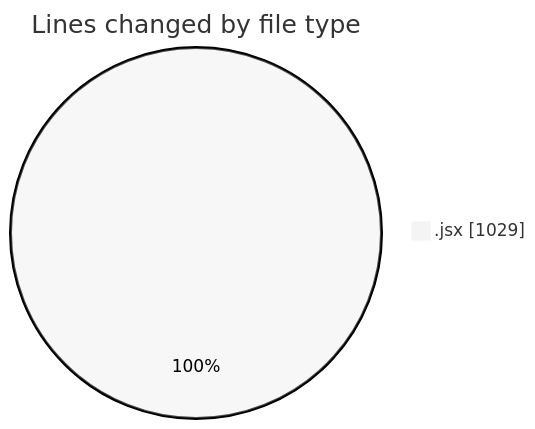
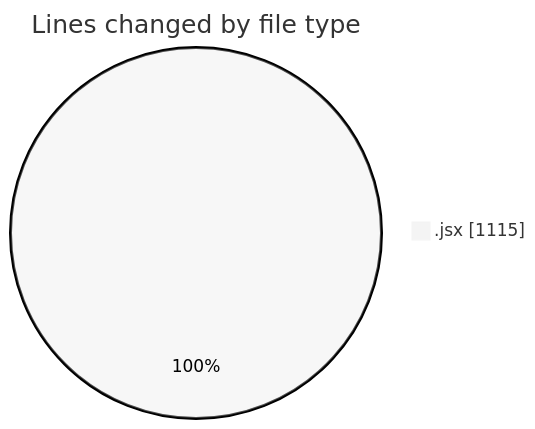
One commit to nxtqubesakshisongat/code-tracking changed the first of 2 diagrams in 2025-05-05/nxtqube_webapp/README.md. Above: the diagram before and after it, drawn with Mermaid (neutral theme). The commit also changed other lines of this file and 1 other file, not shown here.

````diff
--- a/2025-05-05/nxtqube_webapp/README.md
+++ b/2025-05-05/nxtqube_webapp/README.md
@@ -20,5 +20,5 @@
 ```mermaid
 pie showData
 title Lines changed by file type
-".jsx" : 1029
+".jsx" : 1115
 ```
````
